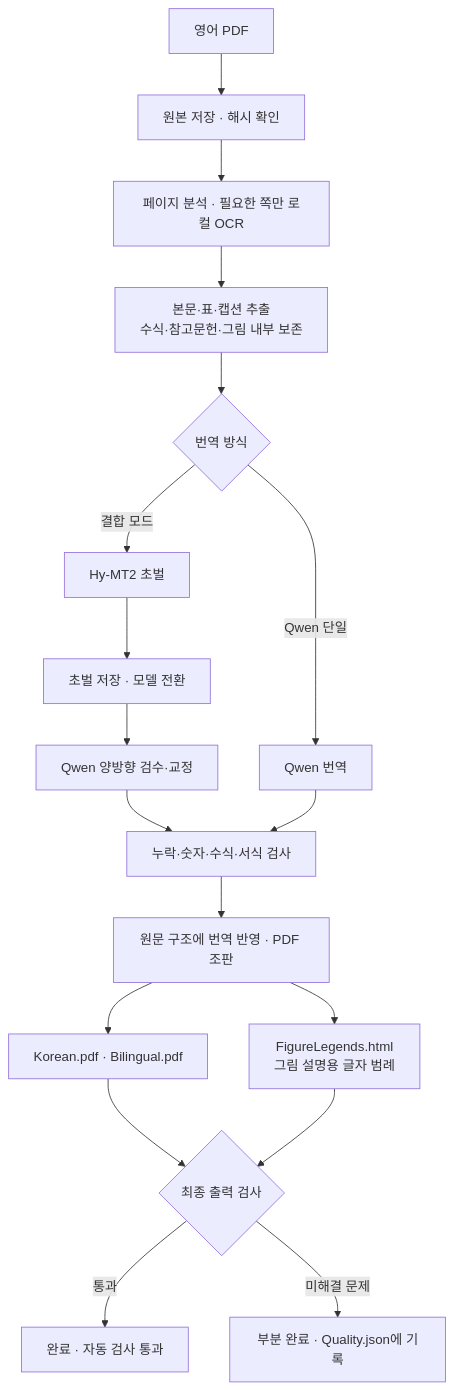
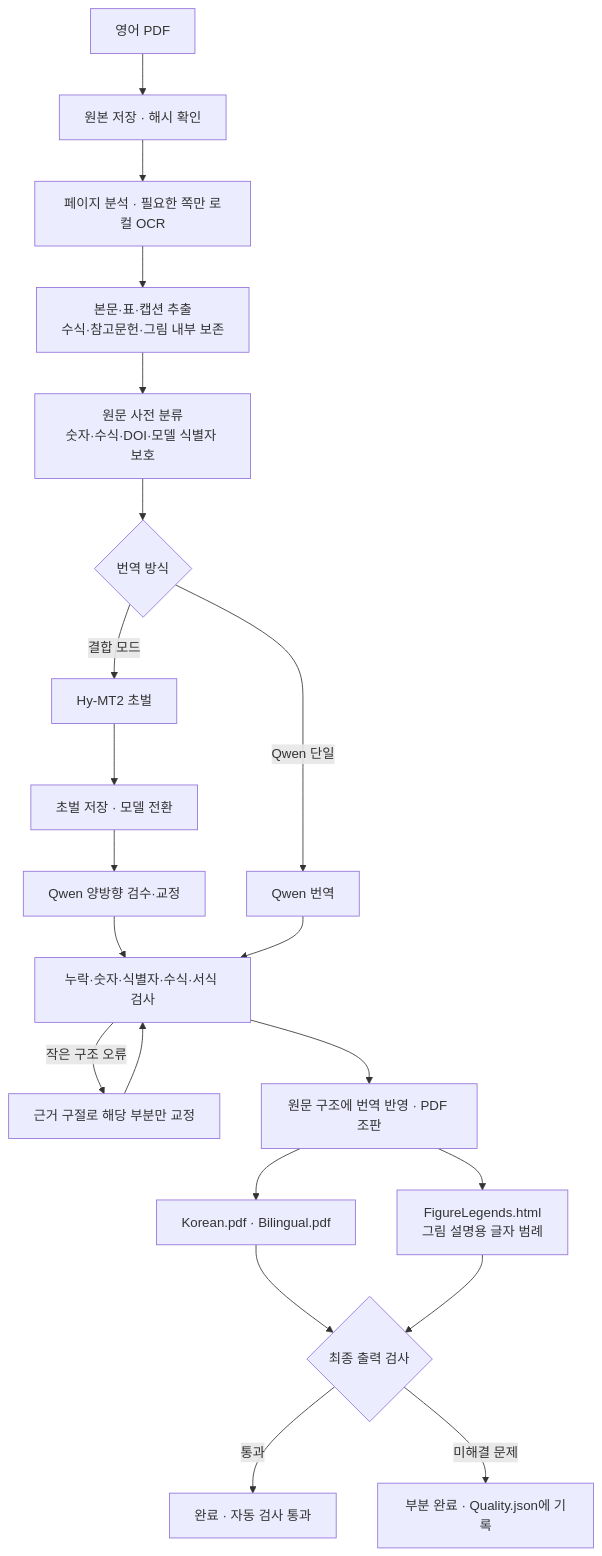
Before and after one commit to zzzrichard0101/papertranslator-babelko: the diagram in README.md, drawn with Mermaid. The commit also changed other lines of this file and 5 other files, not shown here.

````diff
--- a/README.md
+++ b/README.md
@@ -86,20 +86,23 @@
 ```mermaid
 flowchart TD
     A["영어 PDF"] --> B["원본 저장 · 해시 확인"]
     B --> C["페이지 분석 · 필요한 쪽만 로컬 OCR"]
     C --> D["본문·표·캡션 추출<br/>수식·참고문헌·그림 내부 보존"]
-    D --> E{"번역 방식"}
+    D --> D2["원문 사전 분류<br/>숫자·수식·DOI·모델 식별자 보호"]
+    D2 --> E{"번역 방식"}
     E -- "결합 모드" --> F["Hy-MT2 초벌"]
     F --> G["초벌 저장 · 모델 전환"]
     G --> H["Qwen 양방향 검수·교정"]
     E -- "Qwen 단일" --> I["Qwen 번역"]
-    H --> J["누락·숫자·수식·서식 검사"]
+    H --> J["누락·숫자·식별자·수식·서식 검사"]
     I --> J
+    J -- "작은 구조 오류" --> R["근거 구절로 해당 부분만 교정"]
+    R --> J
     J --> K["원문 구조에 번역 반영 · PDF 조판"]
     K --> L["Korean.pdf · Bilingual.pdf"]
     K --> M["FigureLegends.html<br/>그림 설명용 글자 범례"]
     L --> N{"최종 출력 검사"}
     M --> N
     N -- "통과" --> O["완료 · 자동 검사 통과"]
     N -- "미해결 문제" --> P["부분 완료 · Quality.json에 기록"]
 ```
````
